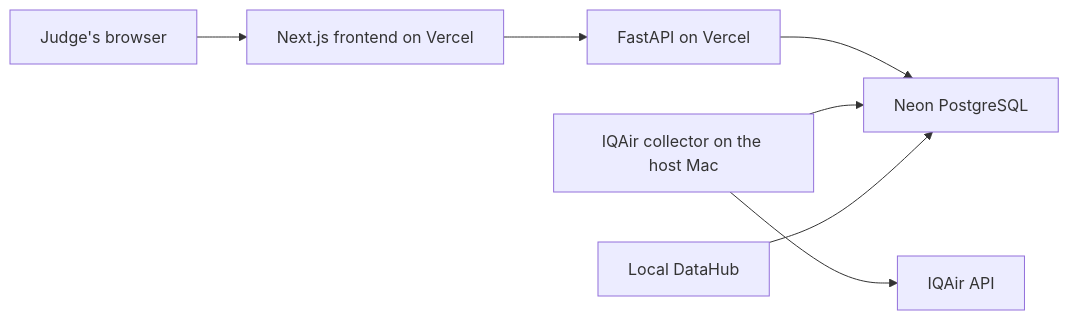
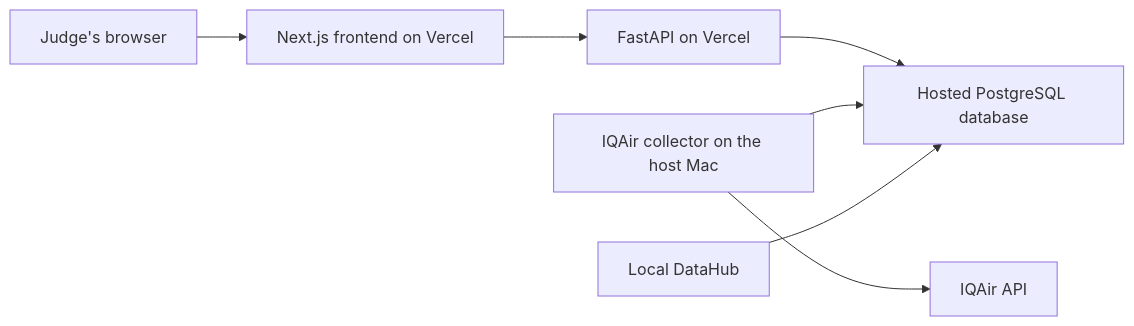
The diagram in DEPLOYMENT.md (lhnminh/air-quality-data-hub), drawn with Mermaid before and after one commit. The commit also changed other lines of this file and 10 other files, not shown here.

Commit message:
Generalize database references and refine evidence graph UI

````diff
--- a/DEPLOYMENT.md
+++ b/DEPLOYMENT.md
@@ -13,9 +13,9 @@
 ```mermaid
 flowchart LR
     J["Judge's browser"] --> F["Next.js frontend on Vercel"]
     F --> A["FastAPI on Vercel"]
-    A --> P["Neon PostgreSQL"]
+    A --> P["Hosted PostgreSQL database"]
     C["IQAir collector on the host Mac"] --> I["IQAir API"]
     C --> P
     D["Local DataHub"] --> P
 ```
````
